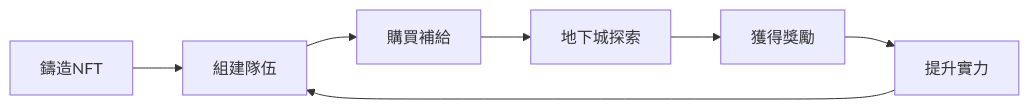
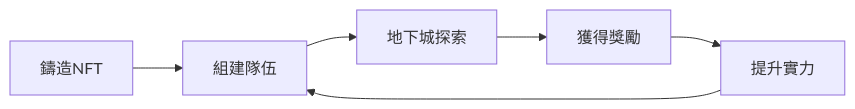
The diagram in WHITEPAPER_OPTIMIZED.md (zhouyongyou/DungeonDelvers), drawn with Mermaid before and after one commit. The commit also changed other lines of this file and 19 other files, not shown here.

````diff
--- a/WHITEPAPER_OPTIMIZED.md
+++ b/WHITEPAPER_OPTIMIZED.md
@@ -90,9 +90,8 @@
 ```mermaid
 graph LR
     A[鑄造NFT] --> B[組建隊伍]
-    B --> C[購買補給]
-    C --> D[地下城探索]
-    D --> E[獲得獎勵]
-    E --> F[提升實力]
-    F --> B
+    B --> C[地下城探索]
+    C --> D[獲得獎勵]
+    D --> E[提升實力]
+    E --> B
 ```
````
